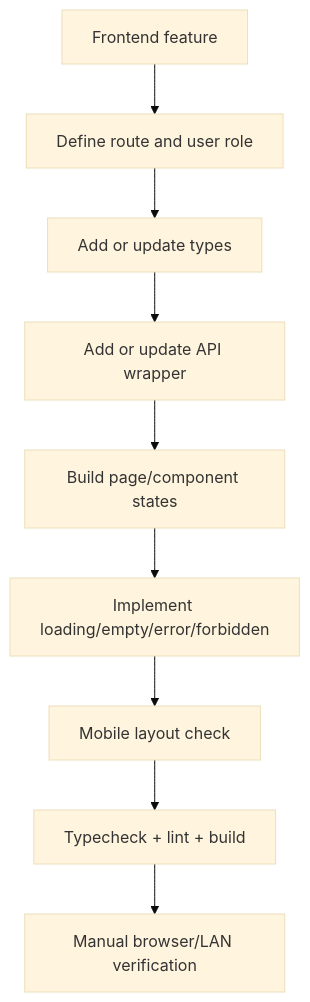
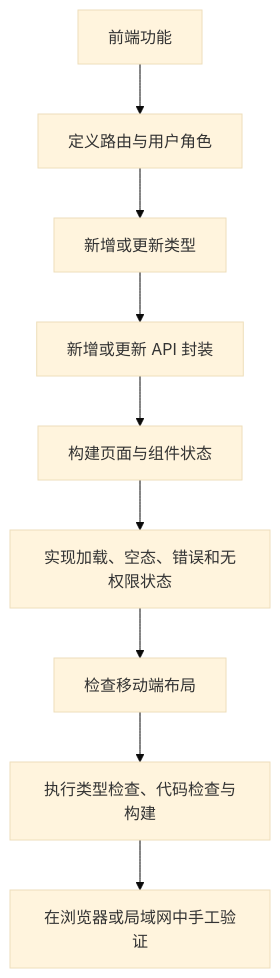
One commit to x-t001/sunshine-reading changed the third of 5 diagrams in docs/spec-coding/04-development-flow.md. Above: the diagram before and after it, drawn with Mermaid (base theme). The commit also changed other lines of this file and 34 other files, not shown here.

````diff
--- a/docs/spec-coding/04-development-flow.md
+++ b/docs/spec-coding/04-development-flow.md
@@ -54,11 +54,11 @@
 ```mermaid
 flowchart TD
-  A[Frontend feature] --> B[Define route and user role]
-  B --> C[Add or update types]
-  C --> D[Add or update API wrapper]
-  D --> E[Build page/component states]
-  E --> F[Implement loading/empty/error/forbidden]
-  F --> G[Mobile layout check]
-  G --> H[Typecheck + lint + build]
-  H --> I[Manual browser/LAN verification]
+  A[前端功能] --> B[定义路由与用户角色]
+  B --> C[新增或更新类型]
+  C --> D[新增或更新 API 封装]
+  D --> E[构建页面与组件状态]
+  E --> F[实现加载、空态、错误和无权限状态]
+  F --> G[检查移动端布局]
+  G --> H[执行类型检查、代码检查与构建]
+  H --> I[在浏览器或局域网中手工验证]
 ```
````
